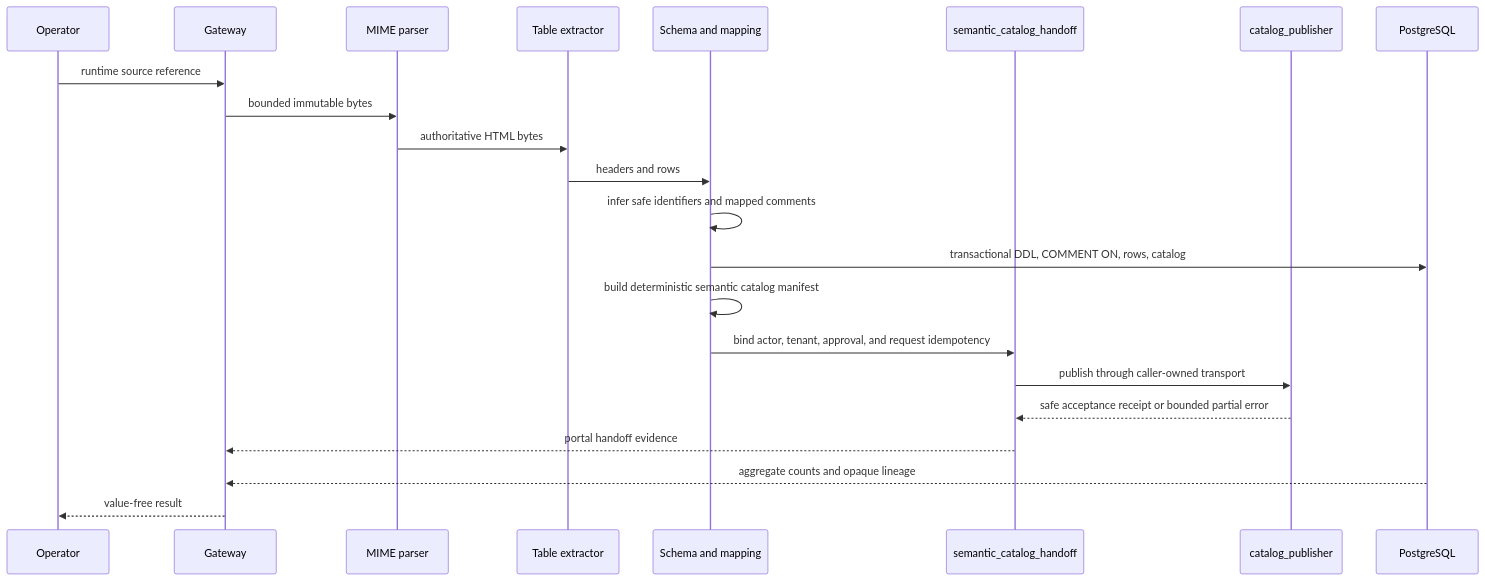
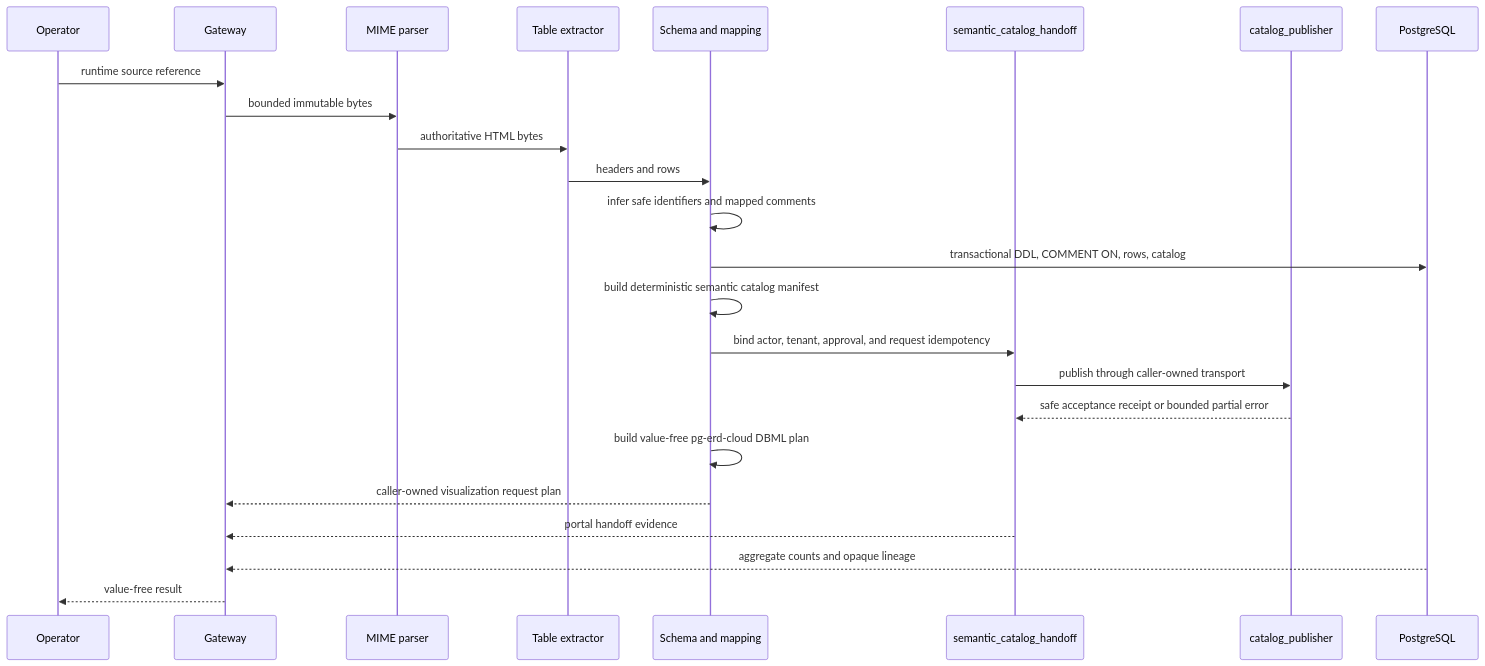
The second of 3 diagrams in docs/ARCHITECTURE.md (ContextualWisdomLab/mhtml-etl-gateway), drawn with Mermaid before and after one commit. The commit also changed other lines of this file and 21 other files, not shown here.

Commit message:
feat: add pg-erd-cloud schema visualization handoff

````diff
--- a/docs/ARCHITECTURE.md
+++ b/docs/ARCHITECTURE.md
@@ -51,24 +54,26 @@
 ```mermaid
 sequenceDiagram
     participant U as Operator
     participant G as Gateway
     participant M as MIME parser
     participant T as Table extractor
     participant S as Schema and mapping
     participant SH as semantic_catalog_handoff
     participant CP as catalog_publisher
     participant P as PostgreSQL
     U->>G: runtime source reference
     G->>M: bounded immutable bytes
     M->>T: authoritative HTML bytes
     T->>S: headers and rows
     S->>S: infer safe identifiers and mapped comments
     S->>P: transactional DDL, COMMENT ON, rows, catalog
     S->>S: build deterministic semantic catalog manifest
     S->>SH: bind actor, tenant, approval, and request idempotency
     SH->>CP: publish through caller-owned transport
     CP-->>SH: safe acceptance receipt or bounded partial error
+    S->>S: build value-free pg-erd-cloud DBML plan
+    S-->>G: caller-owned visualization request plan
     SH-->>G: portal handoff evidence
     P-->>G: aggregate counts and opaque lineage
     G-->>U: value-free result
 ```
````
